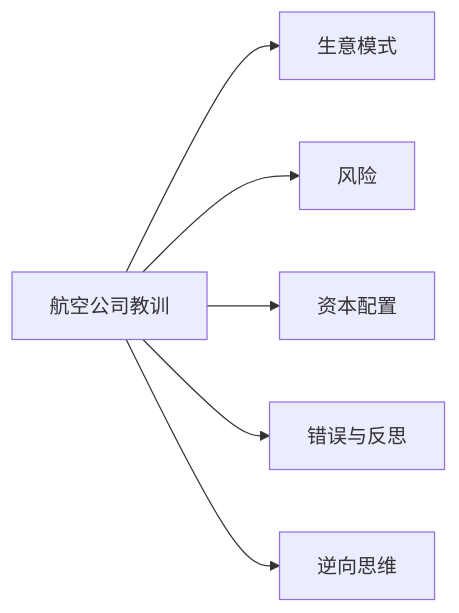
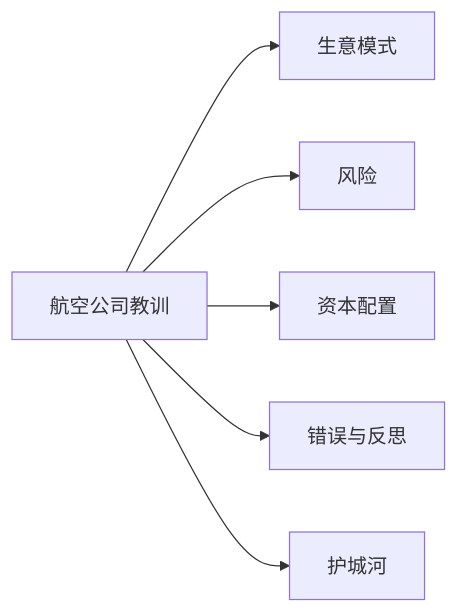
Before and after one commit to carllhm/buffett-knowledge-base: the diagram in docs/02_concepts/airline-lessons.md, drawn with Mermaid. The commit also changed other lines of this file and 14 other files, not shown here.

````diff
--- a/docs/02_concepts/airline-lessons.md
+++ b/docs/02_concepts/airline-lessons.md
@@ -91,8 +154,8 @@
 ```mermaid
 graph LR
     A[航空公司教训] --> B[生意模式]
     A --> C[风险]
     A --> D[资本配置]
     A --> E[错误与反思]
-    A --> F[逆向思维]
+    A --> F[护城河]
 ```
````
